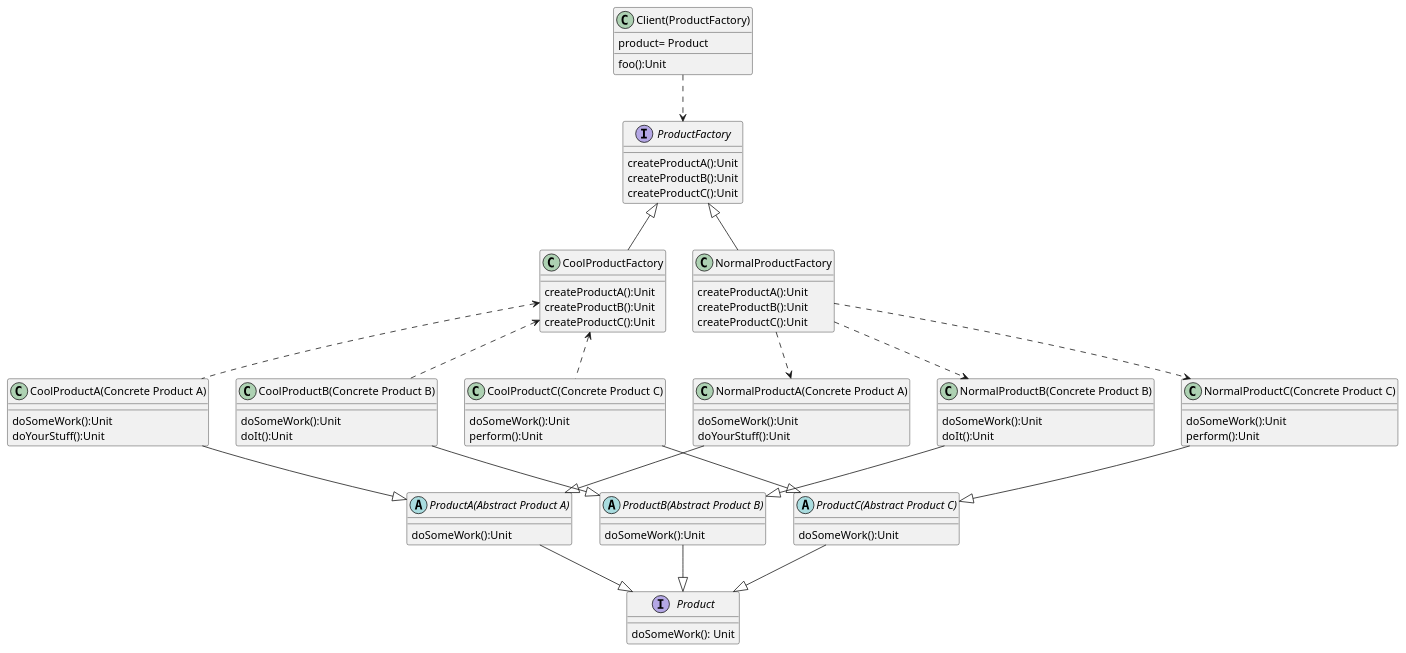
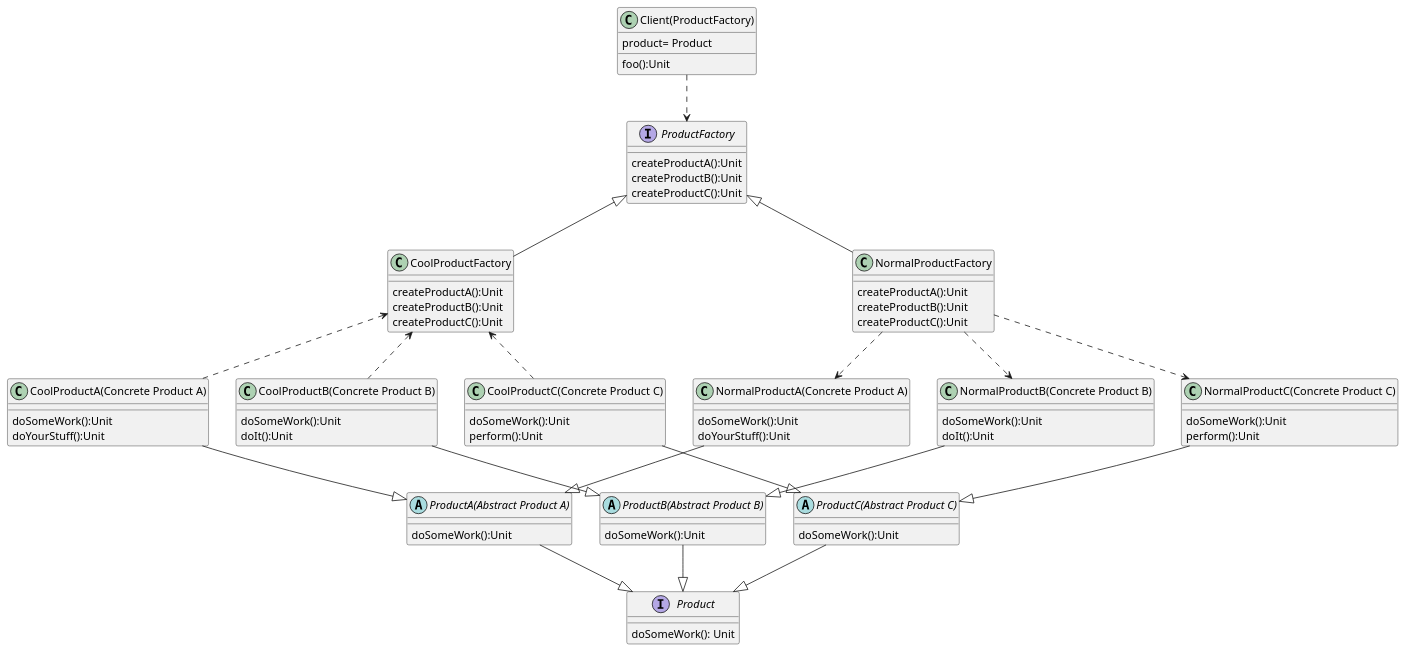
The diagram in factorypattern/src/main/scala/Exercise2/exercise2.puml (VivekMurarkaIndIre/Design-Pattern), drawn with PlantUML before and after one commit. The commit also changed 3 other files, not shown here.

```diff
--- a/factorypattern/src/main/scala/Exercise2/exercise2.puml
+++ b/factorypattern/src/main/scala/Exercise2/exercise2.puml
@@ -1,116 +1,120 @@
 @startuml
 'https://plantuml.com/class-diagram
 
 together {
 interface "ProductFactory" as ProductFactory {
    createProductA():Unit
    createProductB():Unit
    createProductC():Unit
 }
 class "Client(ProductFactory)" as Client {
    product= Product
    foo():Unit
 }
 }
 
 together {
-class "CoolProductFactory" as CoolProductFactory {
-   createProductA():Unit
-   createProductB():Unit
-   createProductC():Unit
-}
 
-class "NormalProductFactory" as NormalProductFactory {
-   createProductA():Unit
-   createProductB():Unit
-   createProductC():Unit
-}
+
+
 }
 interface "Product" as Product {
     doSomeWork(): Unit
 }
 
 
 
 together {
+
+class "CoolProductFactory" as CoolProductFactory {
+   createProductA():Unit
+   createProductB():Unit
+   createProductC():Unit
+}
 class "CoolProductA(Concrete Product A)" as CoolProductA {
    doSomeWork():Unit
    doYourStuff():Unit
 }
 class "CoolProductB(Concrete Product B)" as CoolProductB {
    doSomeWork():Unit
    doIt():Unit
 }
 
 class "CoolProductC(Concrete Product C)" as CoolProductC {
    doSomeWork():Unit
    perform():Unit
 }
 }
 together {
+
+class "NormalProductFactory" as NormalProductFactory {
+   createProductA():Unit
+   createProductB():Unit
+   createProductC():Unit
+}
 class "NormalProductA(Concrete Product A)" as NormalProductA {
    doSomeWork():Unit
    doYourStuff():Unit
 }
 
 class "NormalProductB(Concrete Product B)" as NormalProductB {
    doSomeWork():Unit
    doIt():Unit
 }
 
 class "NormalProductC(Concrete Product C)" as NormalProductC {
    doSomeWork():Unit
    perform():Unit
 }
 }
 
 abstract "ProductA(Abstract Product A)" as ProductA {
    doSomeWork():Unit
 }
 abstract "ProductB(Abstract Product B)" as ProductB {
    doSomeWork():Unit
 }
 abstract "ProductC(Abstract Product C)" as ProductC {
    doSomeWork():Unit
 }
 
 
 CoolProductFactory <.. CoolProductA
 CoolProductFactory <.. CoolProductB
 CoolProductFactory <.. CoolProductC
 
 NormalProductFactory ..> NormalProductA
 NormalProductFactory ..> NormalProductB
 NormalProductFactory ..> NormalProductC
 
 ProductFactory <|-- CoolProductFactory
 ProductFactory <|-- NormalProductFactory
 
 CoolProductA --|> ProductA
 CoolProductB --|> ProductB
 NormalProductA --|> ProductA
 
 
 NormalProductB --|> ProductB
 
 CoolProductC --|> ProductC
 NormalProductC --|> ProductC
 
 ProductA --|> Product
 ProductB --|> Product
 ProductC --|> Product
 
 Client ..> ProductFactory
 
 
 
 
 
 
 
 
 
 
 
 
 @enduml
```
